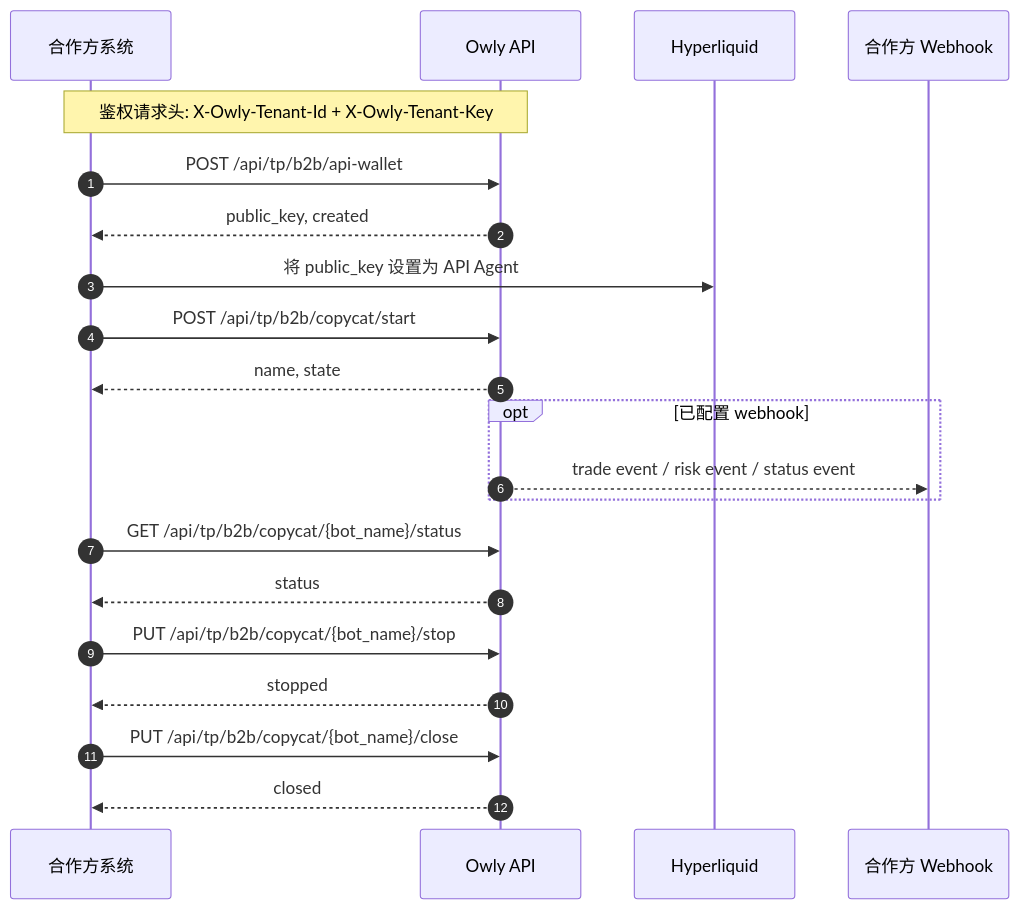
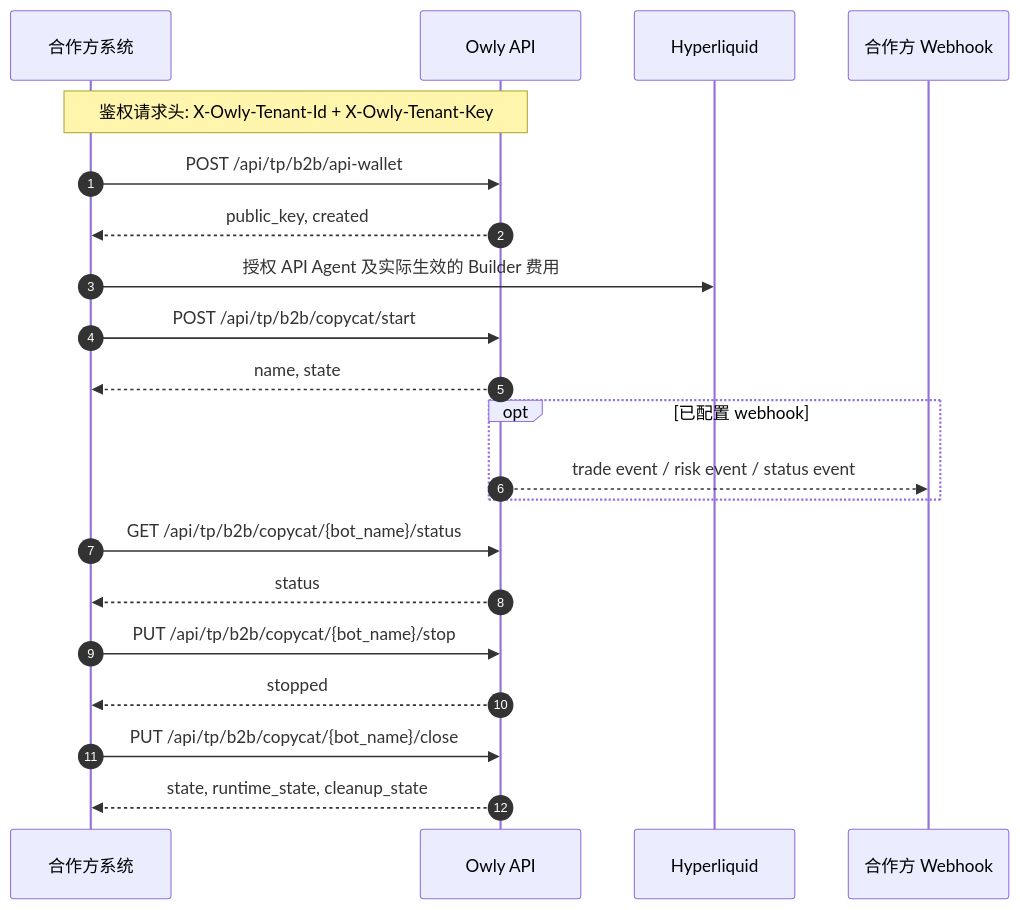
The diagram in zh/guide/b2b-api.mdx (owlyfi/docs), drawn with Mermaid before and after one commit. The commit also changed other lines of this file and 45 other files, not shown here.

````diff
--- a/zh/guide/b2b-api.mdx
+++ b/zh/guide/b2b-api.mdx
@@ -23,31 +23,31 @@
 ```mermaid
 sequenceDiagram
     autonumber
     participant Partner as 合作方系统
     participant Owly as Owly API
     participant HL as Hyperliquid
     participant WH as 合作方 Webhook
 
     Note over Partner,Owly: 鉴权请求头: X-Owly-Tenant-Id + X-Owly-Tenant-Key
 
     Partner->>Owly: POST /api/tp/b2b/api-wallet
     Owly-->>Partner: public_key, created
 
-    Partner->>HL: 将 public_key 设置为 API Agent
+    Partner->>HL: 授权 API Agent 及实际生效的 Builder 费用
 
     Partner->>Owly: POST /api/tp/b2b/copycat/start
     Owly-->>Partner: name, state
 
     opt 已配置 webhook
         Owly-->>WH: trade event / risk event / status event
     end
 
     Partner->>Owly: GET /api/tp/b2b/copycat/{bot_name}/status
     Owly-->>Partner: status
 
     Partner->>Owly: PUT /api/tp/b2b/copycat/{bot_name}/stop
     Owly-->>Partner: stopped
 
     Partner->>Owly: PUT /api/tp/b2b/copycat/{bot_name}/close
-    Owly-->>Partner: closed
+    Owly-->>Partner: state, runtime_state, cleanup_state
 ```
````
